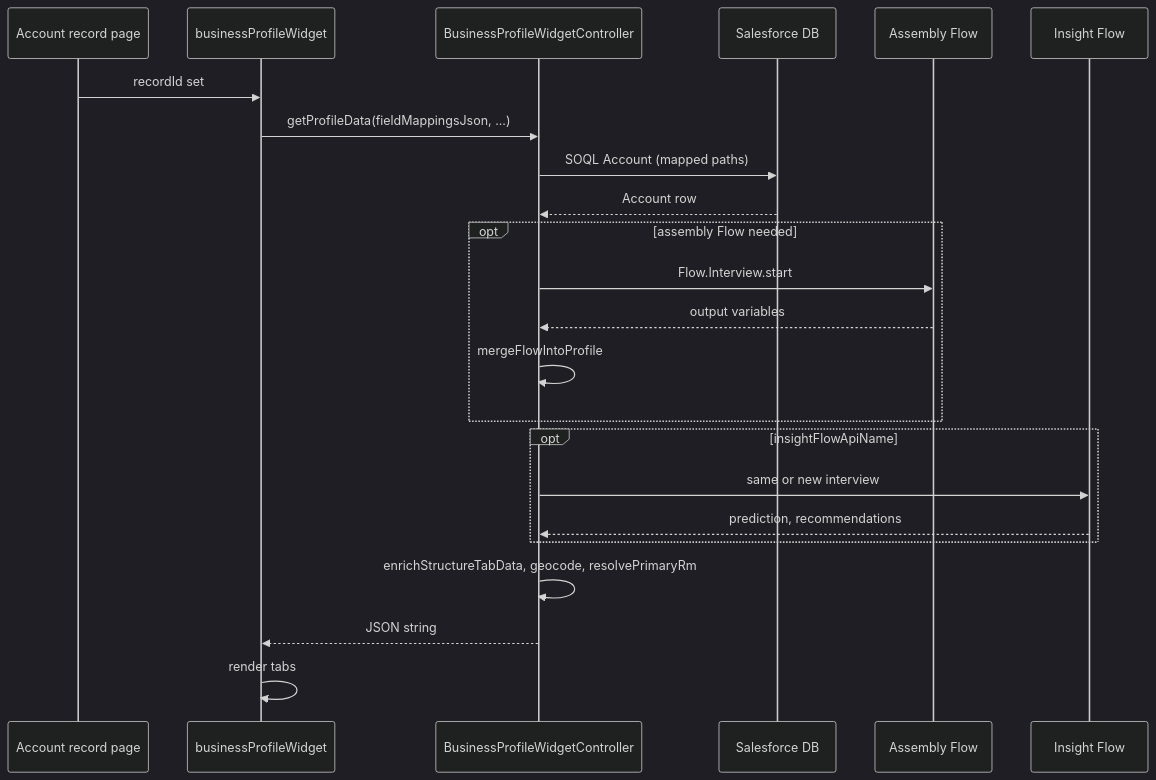
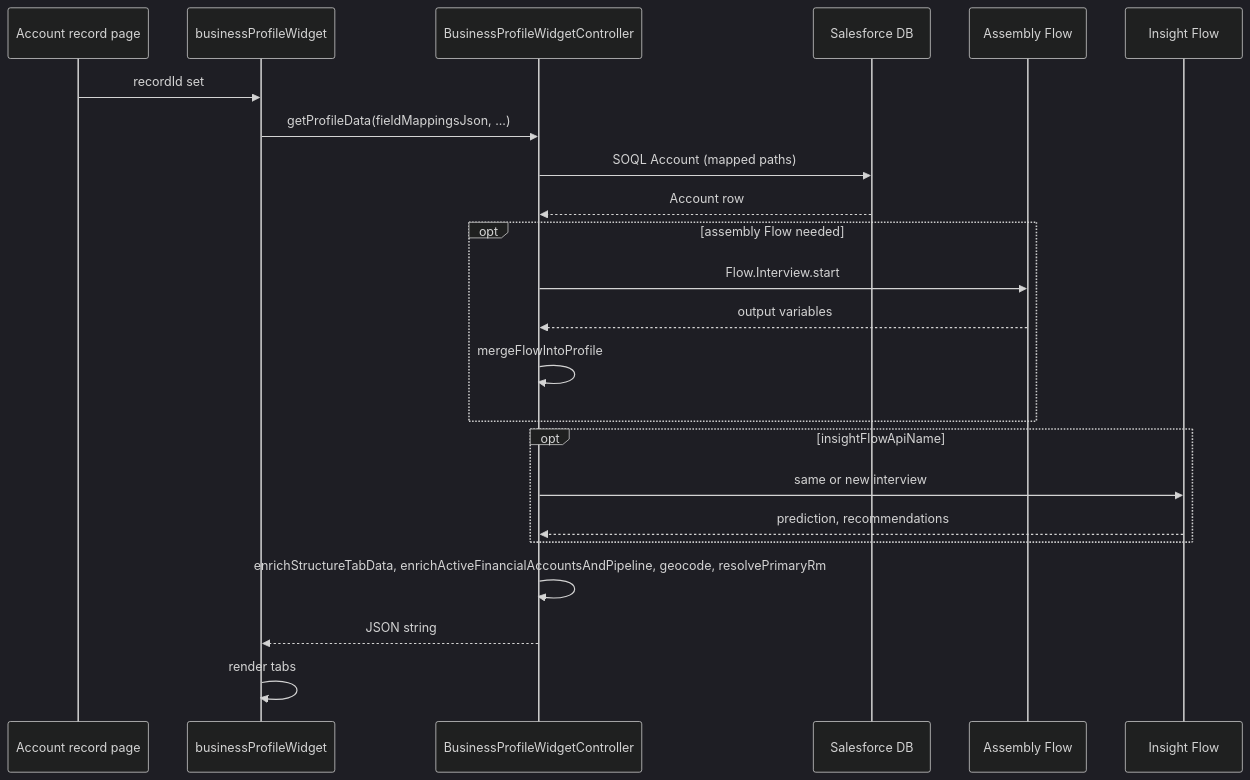
The diagram in DC_BusinessProfileWidget/docs/ARCHITECTURE.md (josers18/JDO), drawn with Mermaid (dark theme) before and after one commit. The commit also changed other lines of this file and 50 other files, not shown here.

````diff
--- a/DC_BusinessProfileWidget/docs/ARCHITECTURE.md
+++ b/DC_BusinessProfileWidget/docs/ARCHITECTURE.md
@@ -30,26 +31,26 @@
 ```mermaid
 sequenceDiagram
     participant Page as Account record page
     participant LWC as businessProfileWidget
     participant Apex as BusinessProfileWidgetController
     participant DB as Salesforce DB
     participant Asm as Assembly Flow
     participant Pred as Insight Flow
 
     Page->>LWC: recordId set
     LWC->>Apex: getProfileData(fieldMappingsJson, ...)
     Apex->>DB: SOQL Account (mapped paths)
     DB-->>Apex: Account row
     opt assembly Flow needed
         Apex->>Asm: Flow.Interview.start
         Asm-->>Apex: output variables
         Apex->>Apex: mergeFlowIntoProfile
     end
     opt insightFlowApiName
         Apex->>Pred: same or new interview
         Pred-->>Apex: prediction, recommendations
     end
-    Apex->>Apex: enrichStructureTabData, geocode, resolvePrimaryRm
+    Apex->>Apex: enrichStructureTabData, enrichActiveFinancialAccountsAndPipeline, geocode, resolvePrimaryRm
     Apex-->>LWC: JSON string
     LWC->>LWC: render tabs
 ```
````
